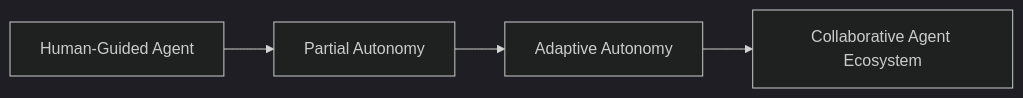
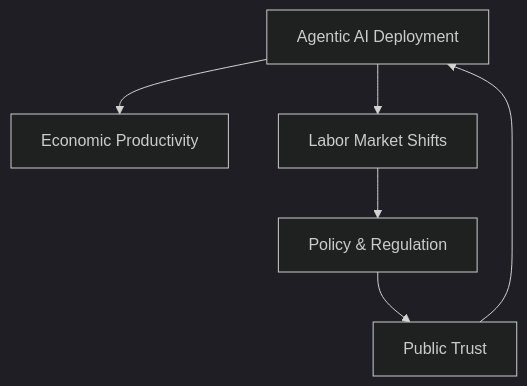
Before and after one commit to m-rizqinovniari/agentic-handbook: the third of 4 diagrams in docusaurus/docs/part-4/chapter-16.md, drawn with Mermaid (dark theme). The commit also changed other lines of this file and 19 other files, not shown here.

````diff
--- a/docusaurus/docs/part-4/chapter-16.md
+++ b/docusaurus/docs/part-4/chapter-16.md
@@ -259,6 +198,13 @@
 ```mermaid
-flowchart LR
-    V1[Human-Guided Agent] --> V2[Partial Autonomy]
-    V2 --> V3[Adaptive Autonomy]
-    V3 --> V4[Collaborative Agent Ecosystem]
+flowchart TD
+    A[Agentic AI Deployment]
+    B[Economic Productivity]
+    C[Labor Market Shifts]
+    D[Policy & Regulation]
+    E[Public Trust]
+    A --> B
+    A --> C
+    C --> D
+    D --> E
+    E --> A
 ```
````
